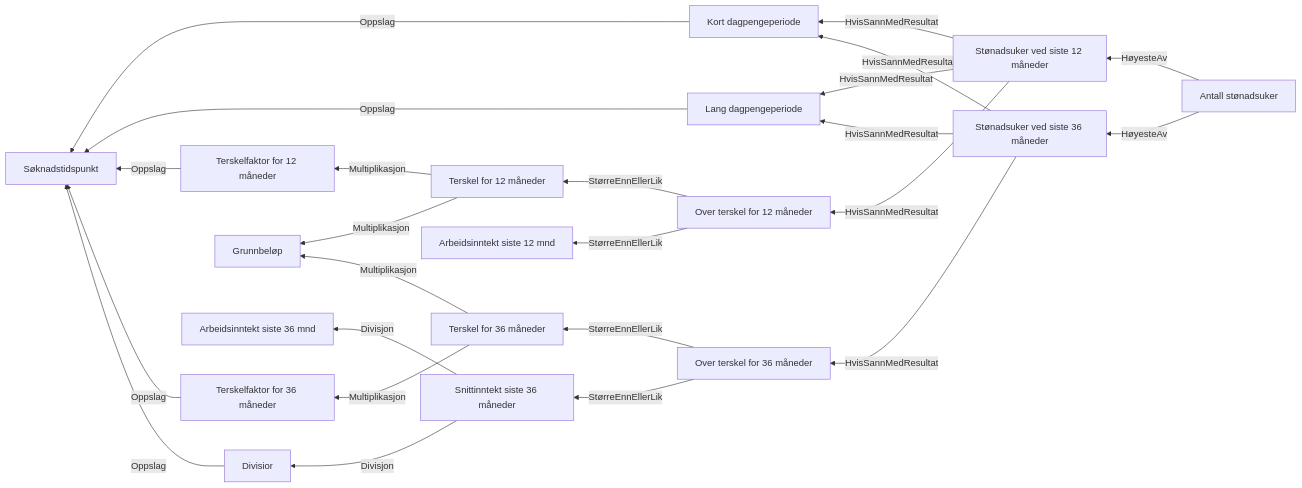
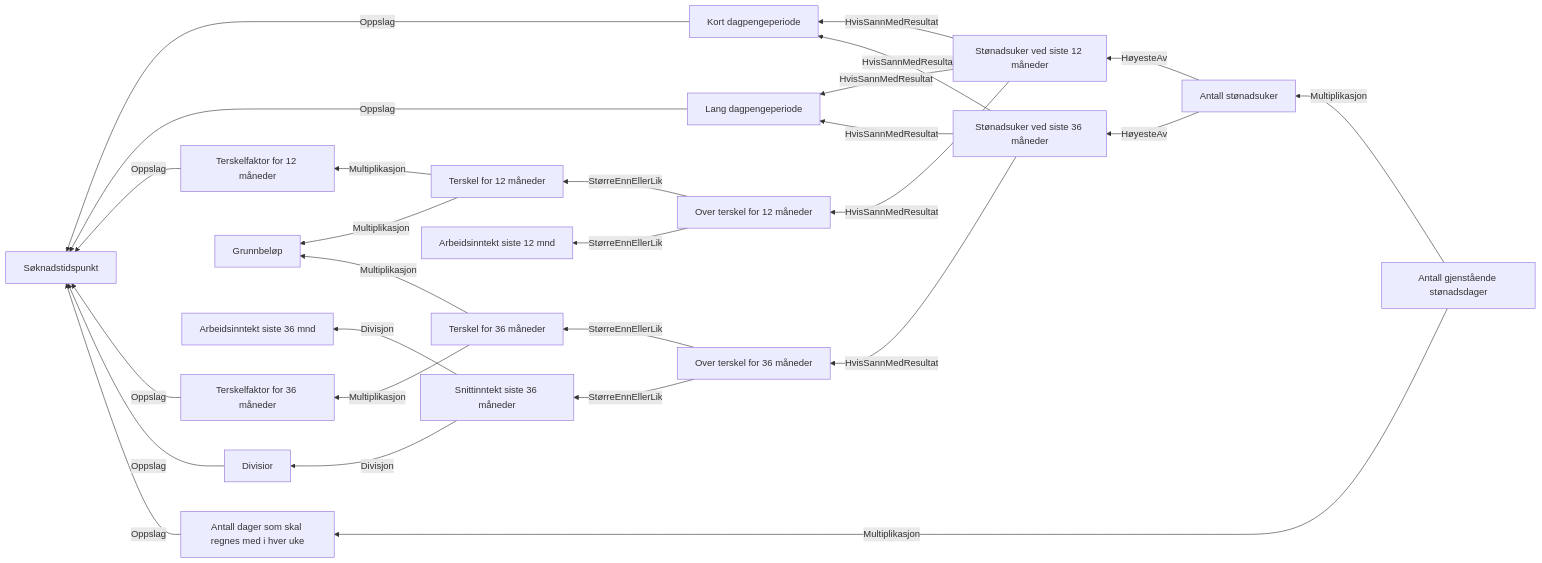
Before and after one commit to navikt/dp-vedtak: the diagram in docs/regler/§ 4-15 Antall stønadsuker, stønadsperiode.approved.md, drawn with Mermaid. The commit also changed 5 other files, not shown here.

````diff
--- a/docs/regler/§ 4-15 Antall stønadsuker, stønadsperiode.approved.md
+++ b/docs/regler/§ 4-15 Antall stønadsuker, stønadsperiode.approved.md
@@ -5,26 +5,29 @@
 ```mermaid
 graph RL
   A["Kort dagpengeperiode"] -->|"Oppslag"| B["Søknadstidspunkt"]
   C["Lang dagpengeperiode"] -->|"Oppslag"| B["Søknadstidspunkt"]
   D["Terskelfaktor for 12 måneder"] -->|"Oppslag"| B["Søknadstidspunkt"]
   E["Terskelfaktor for 36 måneder"] -->|"Oppslag"| B["Søknadstidspunkt"]
   F["Divisior"] -->|"Oppslag"| B["Søknadstidspunkt"]
   G["Terskel for 12 måneder"] -->|"Multiplikasjon"| H["Grunnbeløp"]
   G["Terskel for 12 måneder"] -->|"Multiplikasjon"| D["Terskelfaktor for 12 måneder"]
   I["Terskel for 36 måneder"] -->|"Multiplikasjon"| H["Grunnbeløp"]
   I["Terskel for 36 måneder"] -->|"Multiplikasjon"| E["Terskelfaktor for 36 måneder"]
   J["Snittinntekt siste 36 måneder"] -->|"Divisjon"| K["Arbeidsinntekt siste 36 mnd"]
   J["Snittinntekt siste 36 måneder"] -->|"Divisjon"| F["Divisior"]
   L["Over terskel for 12 måneder"] -->|"StørreEnnEllerLik"| M["Arbeidsinntekt siste 12 mnd"]
   L["Over terskel for 12 måneder"] -->|"StørreEnnEllerLik"| G["Terskel for 12 måneder"]
   N["Over terskel for 36 måneder"] -->|"StørreEnnEllerLik"| J["Snittinntekt siste 36 måneder"]
   N["Over terskel for 36 måneder"] -->|"StørreEnnEllerLik"| I["Terskel for 36 måneder"]
   O["Stønadsuker ved siste 12 måneder"] -->|"HvisSannMedResultat"| L["Over terskel for 12 måneder"]
   O["Stønadsuker ved siste 12 måneder"] -->|"HvisSannMedResultat"| C["Lang dagpengeperiode"]
   O["Stønadsuker ved siste 12 måneder"] -->|"HvisSannMedResultat"| A["Kort dagpengeperiode"]
   P["Stønadsuker ved siste 36 måneder"] -->|"HvisSannMedResultat"| N["Over terskel for 36 måneder"]
   P["Stønadsuker ved siste 36 måneder"] -->|"HvisSannMedResultat"| C["Lang dagpengeperiode"]
   P["Stønadsuker ved siste 36 måneder"] -->|"HvisSannMedResultat"| A["Kort dagpengeperiode"]
   Q["Antall stønadsuker"] -->|"HøyesteAv"| O["Stønadsuker ved siste 12 måneder"]
   Q["Antall stønadsuker"] -->|"HøyesteAv"| P["Stønadsuker ved siste 36 måneder"]
+  R["Antall dager som skal regnes med i hver uke"] -->|"Oppslag"| B["Søknadstidspunkt"]
+  S["Antall gjenstående stønadsdager"] -->|"Multiplikasjon"| Q["Antall stønadsuker"]
+  S["Antall gjenstående stønadsdager"] -->|"Multiplikasjon"| R["Antall dager som skal regnes med i hver uke"]
 ```
````
